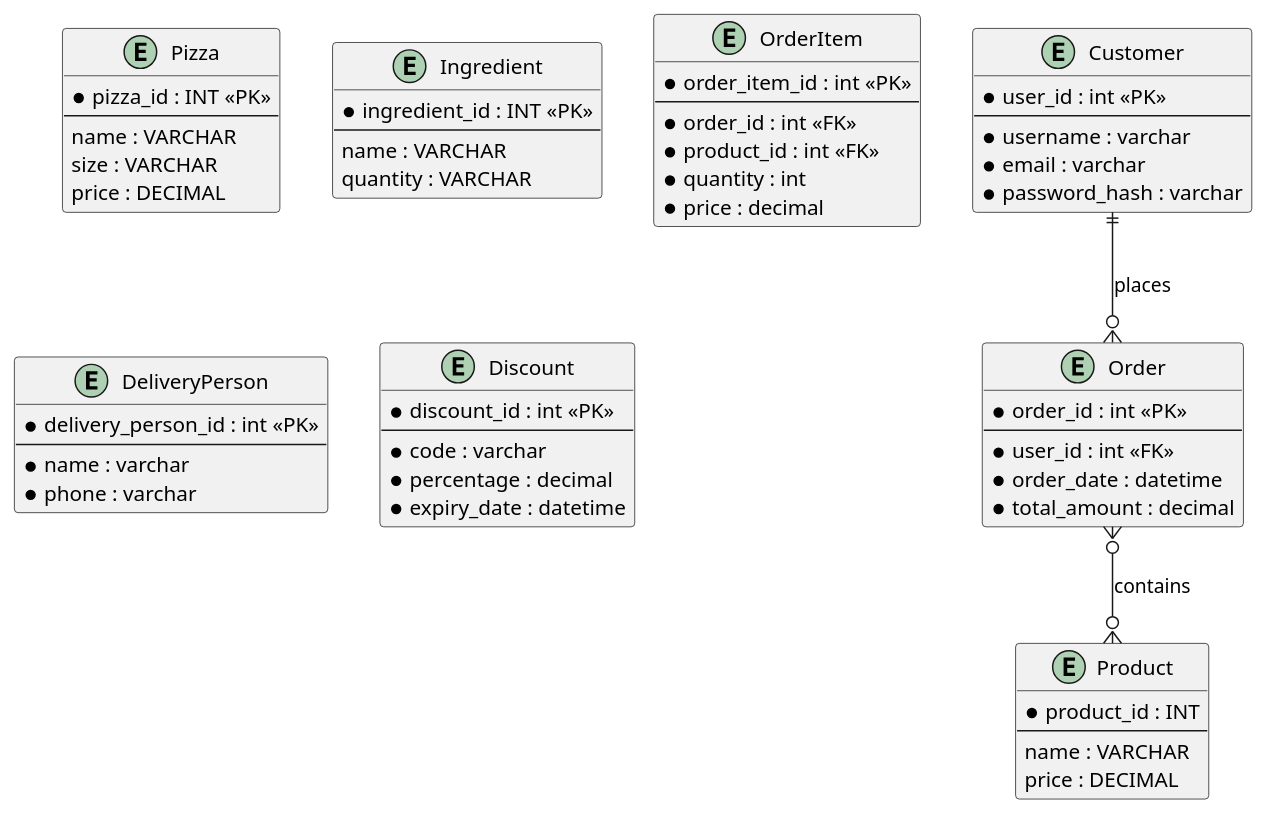
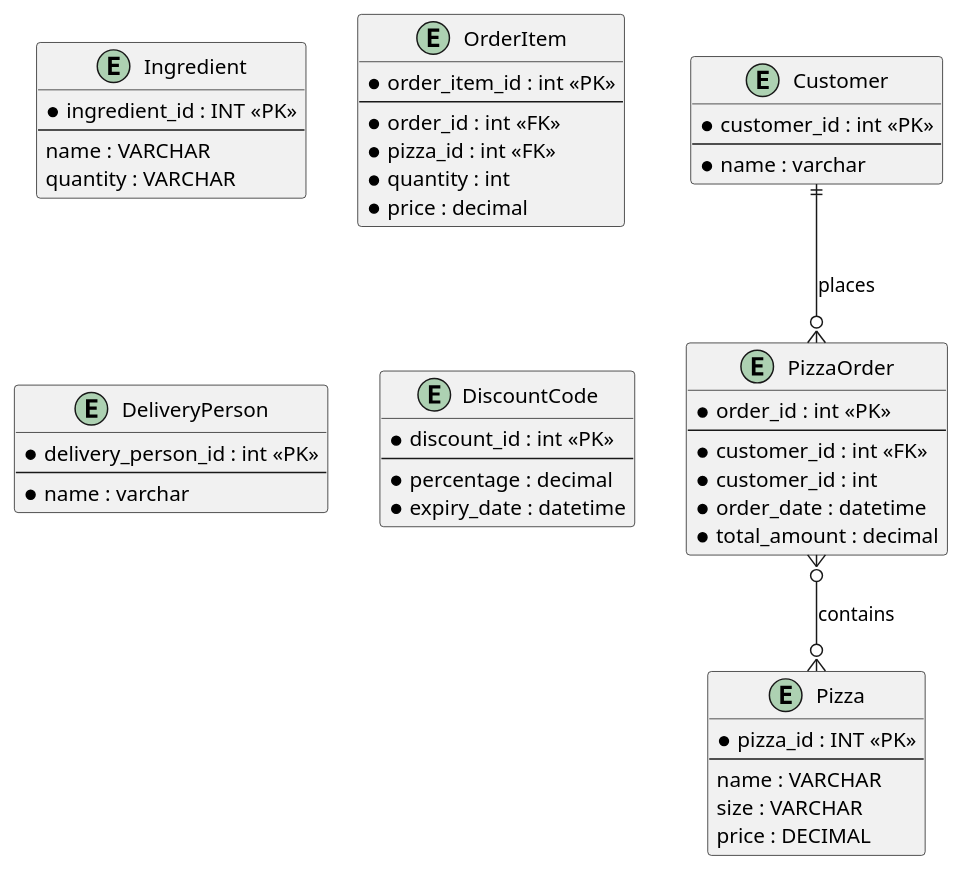
Before and after one commit to DylanTran1808/Database-Project: the diagram in ERD.puml, drawn with PlantUML. The commit also changed 1 other file, not shown here.

Commit message:
Set up database + ERD (Still to be done)

```diff
--- a/ERD.puml
+++ b/ERD.puml
@@ -1,59 +1,51 @@
 @startuml Entity-Relationship-Diagram
-entity "Customer" as user {
-  * user_id : int <<PK>>
+entity "Customer" as customer {
+  * customer_id : int <<PK>>
   --
-  * username : varchar
-  * email : varchar
-  * password_hash : varchar
+  * name : varchar
 }
-entity "Product" as P {
-  *product_id : INT
-  --
-  name : VARCHAR
-  price : DECIMAL
-}
-entity "Order" as O {
+
+entity "PizzaOrder" as PO {
   * order_id : int <<PK>>
   --
-  * user_id : int <<FK>>
+  * customer_id : int <<FK>>
+  * customer_id : int 
   * order_date : datetime
   * total_amount : decimal
 }
-entity "Pizza" as PZ {
+entity "Pizza" as P {
   * pizza_id : INT <<PK>>
   --
   name : VARCHAR
   size : VARCHAR
   price : DECIMAL
 }
 entity "Ingredient" as I {
   * ingredient_id : INT <<PK>>
   --
   name : VARCHAR
   quantity : VARCHAR
 }
 entity "OrderItem" as OI {
   * order_item_id : int <<PK>>
   --
   * order_id : int <<FK>>
-  * product_id : int <<FK>>
+  * pizza_id : int <<FK>>
   * quantity : int
   * price : decimal
 }
 entity "DeliveryPerson" as DP {
   * delivery_person_id : int <<PK>>
   --
   * name : varchar
-  * phone : varchar
 }
-entity "Discount" as DC {
+entity "DiscountCode" as DC {
   * discount_id : int <<PK>>
   --
-  * code : varchar
   * percentage : decimal
   * expiry_date : datetime
 }
-user ||--o{ O : places
-O }o--o{ P : contains
+customer ||--o{ PO : places
+PO }o--o{ P : contains
 
 @enduml
```
